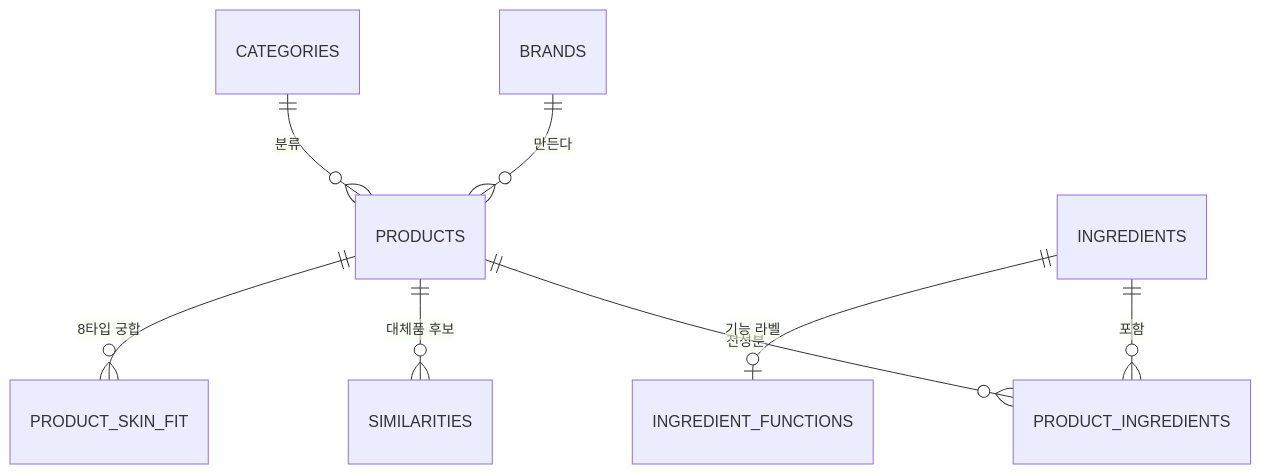
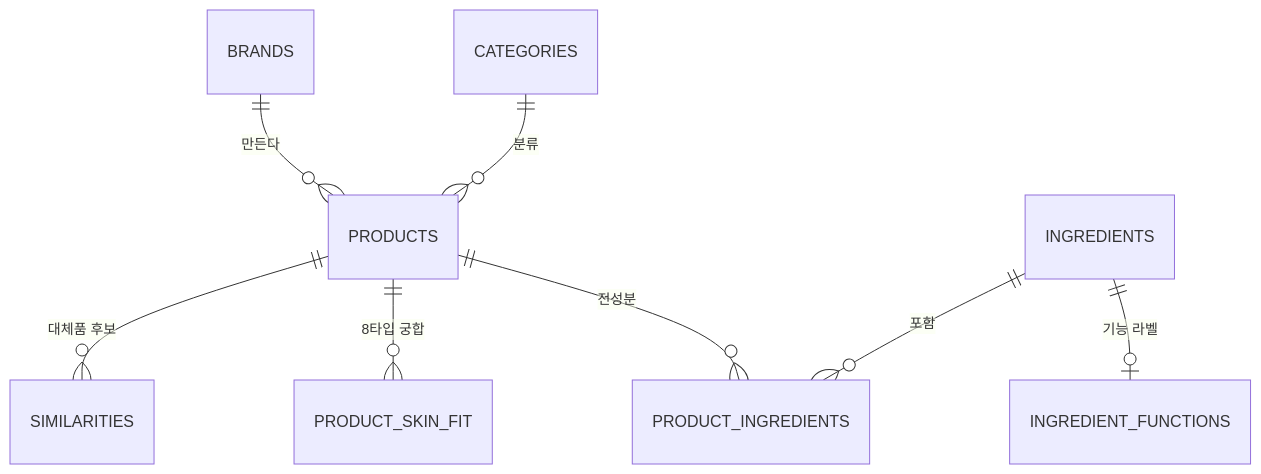
The eighth of 9 diagrams in docs/architecture/diagrams.md (EunSeong-Jo/capstone), drawn with Mermaid before and after one commit. The commit also changed other lines of this file and 1 other file, not shown here.

````diff
--- a/docs/architecture/diagrams.md
+++ b/docs/architecture/diagrams.md
@@ -279,10 +281,10 @@
 ```mermaid
 erDiagram
     BRANDS ||--o{ PRODUCTS : "만든다"
     CATEGORIES ||--o{ PRODUCTS : "분류"
+    PRODUCTS ||--o{ SIMILARITIES : "대체품 후보"
+    PRODUCTS ||--o{ PRODUCT_SKIN_FIT : "8타입 궁합"
     PRODUCTS ||--o{ PRODUCT_INGREDIENTS : "전성분"
     INGREDIENTS ||--o{ PRODUCT_INGREDIENTS : "포함"
     INGREDIENTS ||--o| INGREDIENT_FUNCTIONS : "기능 라벨"
-    PRODUCTS ||--o{ SIMILARITIES : "대체품 후보"
-    PRODUCTS ||--o{ PRODUCT_SKIN_FIT : "8타입 궁합"
 ```
````
